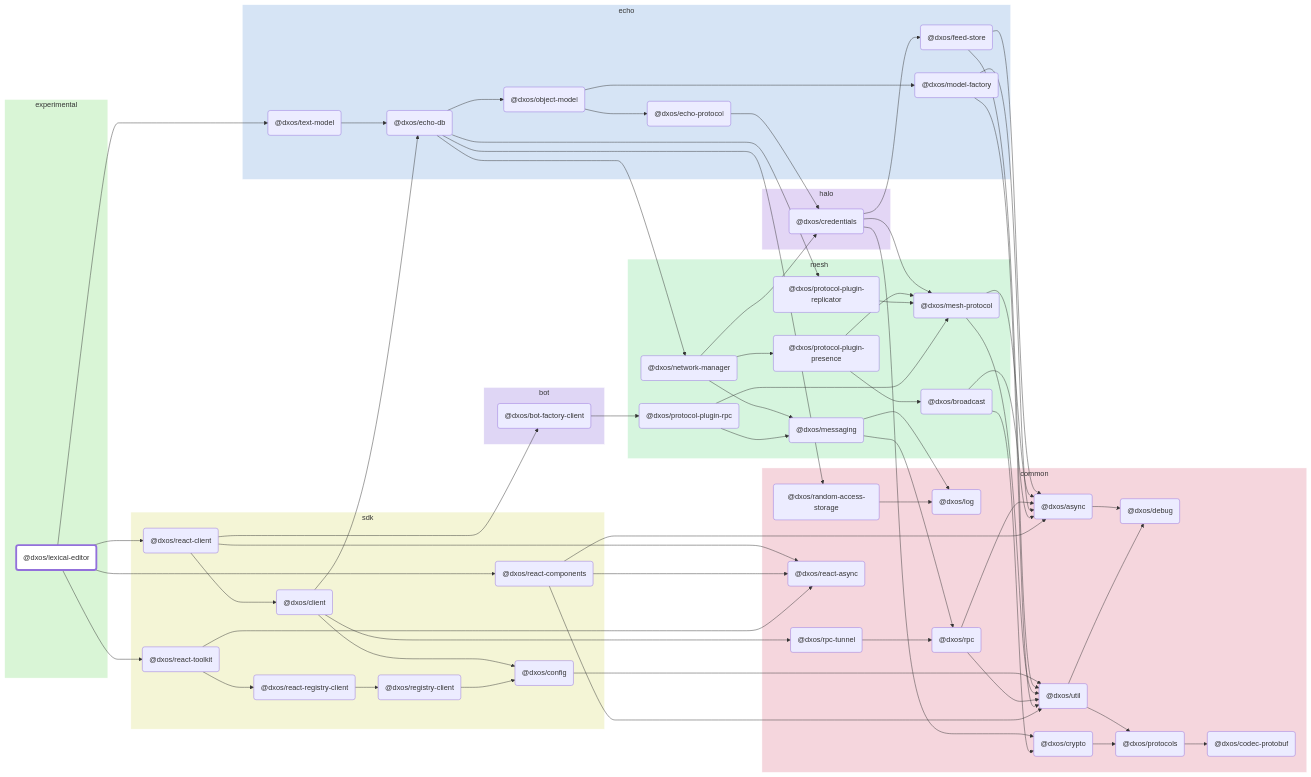
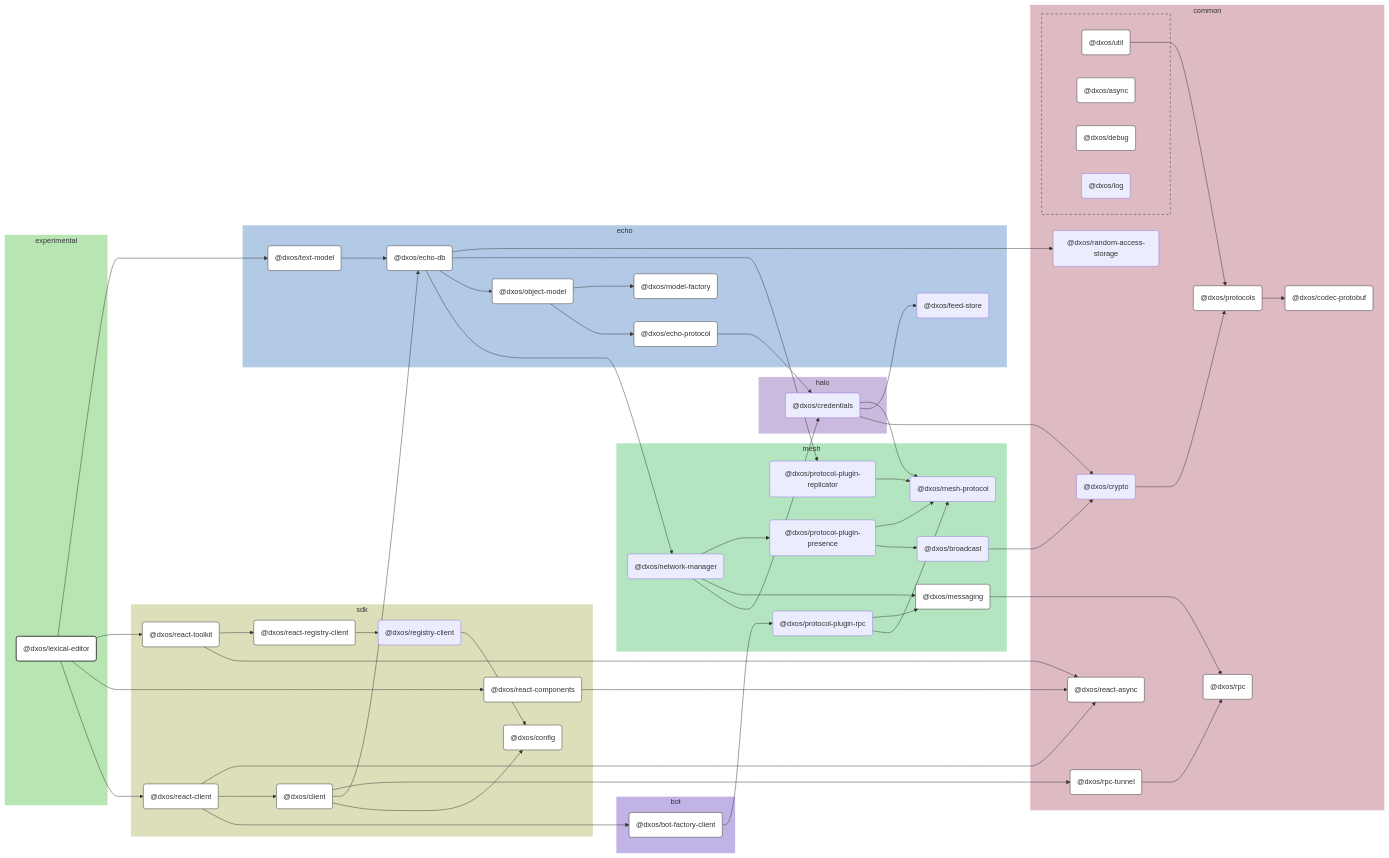
One commit to dxos/dxos changed the diagram in apps/experimental/lexical-editor/docs/README.md. Above: the diagram before and after it, drawn with Mermaid. The commit also changed 100 other files, not shown here.

````diff
--- a/apps/experimental/lexical-editor/docs/README.md
+++ b/apps/experimental/lexical-editor/docs/README.md
@@ -7,147 +7,176 @@
 ```mermaid
-flowchart LR;
+%%{ init: {'flowchart':{'curve':'basis'}} }%%
 
-style dxos/lexical-editor fill:#fff,stroke-width:4px;
+flowchart LR
 
-click dxos/async "https:/github.com/dxos/dxos/tree/main/packages/common/async/docs";
-click dxos/debug "https:/github.com/dxos/dxos/tree/main/packages/common/debug/docs";
-click dxos/client "https:/github.com/dxos/dxos/tree/main/packages/sdk/client/docs";
-click dxos/codec-protobuf "https:/github.com/dxos/dxos/tree/main/packages/common/codec-protobuf/docs";
-click dxos/config "https:/github.com/dxos/dxos/tree/main/packages/sdk/config/docs";
-click dxos/echo-db "https:/github.com/dxos/dxos/tree/main/packages/echo/echo-db/docs";
-click dxos/model-factory "https:/github.com/dxos/dxos/tree/main/packages/echo/model-factory/docs";
-click dxos/protocols "https:/github.com/dxos/dxos/tree/main/packages/common/protocols/docs";
-click dxos/rpc "https:/github.com/dxos/dxos/tree/main/packages/common/rpc/docs";
-click dxos/rpc-tunnel "https:/github.com/dxos/dxos/tree/main/packages/common/rpc-tunnel/docs";
-click dxos/messaging "https:/github.com/dxos/dxos/tree/main/packages/mesh/messaging/docs";
-click dxos/util "https:/github.com/dxos/dxos/tree/main/packages/common/util/docs";
-click dxos/object-model "https:/github.com/dxos/dxos/tree/main/packages/echo/object-model/docs";
-click dxos/echo-protocol "https:/github.com/dxos/dxos/tree/main/packages/echo/echo-protocol/docs";
-click dxos/react-client "https:/github.com/dxos/dxos/tree/main/packages/sdk/react-client/docs";
-click dxos/bot-factory-client "https:/github.com/dxos/dxos/tree/main/packages/bot/bot-factory-client/docs";
-click dxos/react-async "https:/github.com/dxos/dxos/tree/main/packages/common/react-async/docs";
-click dxos/react-components "https:/github.com/dxos/dxos/tree/main/packages/sdk/react-components/docs";
-click dxos/react-toolkit "https:/github.com/dxos/dxos/tree/main/packages/sdk/react-toolkit/docs";
-click dxos/react-registry-client "https:/github.com/dxos/dxos/tree/main/packages/sdk/react-registry-client/docs";
-click dxos/text-model "https:/github.com/dxos/dxos/tree/main/packages/echo/text-model/docs";
+%% Links
+dxos/bot-factory-client --> dxos/protocol-plugin-rpc;
+dxos/broadcast --> dxos/crypto;
+dxos/client --> dxos/config;
+dxos/client --> dxos/echo-db;
+dxos/client --> dxos/rpc-tunnel;
+dxos/credentials --> dxos/crypto;
+dxos/credentials --> dxos/feed-store;
+dxos/credentials --> dxos/mesh-protocol;
+dxos/crypto --> dxos/protocols;
+dxos/echo-db --> dxos/network-manager;
+dxos/echo-db --> dxos/object-model;
+dxos/echo-db --> dxos/protocol-plugin-replicator;
+dxos/echo-db --> dxos/random-access-storage;
+dxos/echo-protocol --> dxos/credentials;
+dxos/lexical-editor --> dxos/react-client;
+dxos/lexical-editor --> dxos/react-components;
+dxos/lexical-editor --> dxos/react-toolkit;
+dxos/lexical-editor --> dxos/text-model;
+dxos/messaging --> dxos/rpc;
+dxos/network-manager --> dxos/credentials;
+dxos/network-manager --> dxos/messaging;
+dxos/network-manager --> dxos/protocol-plugin-presence;
+dxos/object-model --> dxos/echo-protocol;
+dxos/object-model --> dxos/model-factory;
+dxos/protocol-plugin-presence --> dxos/broadcast;
+dxos/protocol-plugin-presence --> dxos/mesh-protocol;
+dxos/protocol-plugin-replicator --> dxos/mesh-protocol;
+dxos/protocol-plugin-rpc --> dxos/mesh-protocol;
+dxos/protocol-plugin-rpc --> dxos/messaging;
+dxos/protocols --> dxos/codec-protobuf;
+dxos/react-client --> dxos/bot-factory-client;
+dxos/react-client --> dxos/client;
+dxos/react-client --> dxos/react-async;
+dxos/react-components --> dxos/react-async;
+dxos/react-registry-client --> dxos/registry-client;
+dxos/react-toolkit --> dxos/react-async;
+dxos/react-toolkit --> dxos/react-registry-client;
+dxos/registry-client --> dxos/config;
+dxos/rpc-tunnel --> dxos/rpc;
+dxos/text-model --> dxos/echo-db;
+dxos/util --> dxos/protocols;
 
+%% Sections
 subgraph experimental
-  style experimental fill:#d9f5d6,stroke:#fff;
-  dxos/lexical-editor("@dxos/lexical-editor");
+  style experimental fill:#b8e6b3,stroke:#fff;
+
+  dxos/lexical-editor("@dxos/lexical-editor")
 end
 
 subgraph common
-  style common fill:#f5d6dd,stroke:#fff;
-  dxos/async("@dxos/async");
-  dxos/debug("@dxos/debug");
-  dxos/codec-protobuf("@dxos/codec-protobuf");
-  dxos/protocols("@dxos/protocols");
-  dxos/util("@dxos/util");
-  dxos/log("@dxos/log");
-  dxos/crypto("@dxos/crypto");
-  dxos/rpc("@dxos/rpc");
-  dxos/random-access-storage("@dxos/random-access-storage");
-  dxos/rpc-tunnel("@dxos/rpc-tunnel");
-  dxos/react-async("@dxos/react-async");
+  style common fill:#debac2,stroke:#fff;
+
+  dxos/codec-protobuf("@dxos/codec-protobuf")
+  dxos/crypto("@dxos/crypto")
+  dxos/protocols("@dxos/protocols")
+  dxos/random-access-storage("@dxos/random-access-storage")
+  dxos/react-async("@dxos/react-async")
+  dxos/rpc("@dxos/rpc")
+  dxos/rpc-tunnel("@dxos/rpc-tunnel")
+
+  subgraph common-excluded [ ]
+    style common-excluded fill:#debac2,stroke:#333,stroke-dasharray:5 5;
+
+    dxos/async("@dxos/async")
+    dxos/debug("@dxos/debug")
+    dxos/log("@dxos/log")
+    dxos/util("@dxos/util")
+  end
 end
 
 subgraph sdk
-  style sdk fill:#f4f5d6,stroke:#fff;
-  dxos/client("@dxos/client");
-  dxos/config("@dxos/config");
-  dxos/react-client("@dxos/react-client");
-  dxos/react-components("@dxos/react-components");
-  dxos/react-toolkit("@dxos/react-toolkit");
-  dxos/react-registry-client("@dxos/react-registry-client");
-  dxos/registry-client("@dxos/registry-client");
+  style sdk fill:#dddeba,stroke:#fff;
+
+  dxos/client("@dxos/client")
+  dxos/config("@dxos/config")
+  dxos/react-client("@dxos/react-client")
+  dxos/react-components("@dxos/react-components")
+  dxos/react-registry-client("@dxos/react-registry-client")
+  dxos/react-toolkit("@dxos/react-toolkit")
+  dxos/registry-client("@dxos/registry-client")
 end
 
 subgraph echo
-  style echo fill:#d6e4f5,stroke:#fff;
-  dxos/echo-db("@dxos/echo-db");
-  dxos/feed-store("@dxos/feed-store");
-  dxos/echo-protocol("@dxos/echo-protocol");
-  dxos/model-factory("@dxos/model-factory");
-  dxos/object-model("@dxos/object-model");
-  dxos/text-model("@dxos/text-model");
+  style echo fill:#b3cae6,stroke:#fff;
+
+  dxos/echo-db("@dxos/echo-db")
+  dxos/echo-protocol("@dxos/echo-protocol")
+  dxos/feed-store("@dxos/feed-store")
+  dxos/model-factory("@dxos/model-factory")
+  dxos/object-model("@dxos/object-model")
+  dxos/text-model("@dxos/text-model")
 end
 
 subgraph halo
-  style halo fill:#e3d6f5,stroke:#fff;
-  dxos/credentials("@dxos/credentials");
+  style halo fill:#cabade,stroke:#fff;
+
+  dxos/credentials("@dxos/credentials")
 end
 
 subgraph mesh
-  style mesh fill:#d6f5de,stroke:#fff;
-  dxos/mesh-protocol("@dxos/mesh-protocol");
-  dxos/messaging("@dxos/messaging");
-  dxos/network-manager("@dxos/network-manager");
-  dxos/protocol-plugin-presence("@dxos/protocol-plugin-presence");
-  dxos/broadcast("@dxos/broadcast");
-  dxos/protocol-plugin-replicator("@dxos/protocol-plugin-replicator");
-  dxos/protocol-plugin-rpc("@dxos/protocol-plugin-rpc");
+  style mesh fill:#b3e6c0,stroke:#fff;
+
+  dxos/broadcast("@dxos/broadcast")
+  dxos/mesh-protocol("@dxos/mesh-protocol")
+  dxos/messaging("@dxos/messaging")
+  dxos/network-manager("@dxos/network-manager")
+  dxos/protocol-plugin-presence("@dxos/protocol-plugin-presence")
+  dxos/protocol-plugin-replicator("@dxos/protocol-plugin-replicator")
+  dxos/protocol-plugin-rpc("@dxos/protocol-plugin-rpc")
 end
 
 subgraph bot
-  style bot fill:#dfd6f5,stroke:#fff;
-  dxos/bot-factory-client("@dxos/bot-factory-client");
+  style bot fill:#c2b3e6,stroke:#fff;
+
+  dxos/bot-factory-client("@dxos/bot-factory-client")
 end
 
-dxos/async --> dxos/debug;
-dxos/client --> dxos/config;
-dxos/protocols --> dxos/codec-protobuf;
-dxos/config --> dxos/util;
-dxos/util --> dxos/debug;
-dxos/util --> dxos/protocols;
-dxos/client --> dxos/echo-db;
-dxos/credentials --> dxos/crypto;
-dxos/crypto --> dxos/protocols;
-dxos/credentials --> dxos/feed-store;
-dxos/feed-store --> dxos/async;
-dxos/feed-store --> dxos/util;
-dxos/credentials --> dxos/mesh-protocol;
-dxos/mesh-protocol --> dxos/async;
-dxos/mesh-protocol --> dxos/util;
-dxos/echo-protocol --> dxos/credentials;
-dxos/messaging --> dxos/log;
-dxos/messaging --> dxos/rpc;
-dxos/rpc --> dxos/async;
-dxos/rpc --> dxos/util;
-dxos/model-factory --> dxos/async;
-dxos/model-factory --> dxos/util;
-dxos/echo-db --> dxos/network-manager;
-dxos/network-manager --> dxos/credentials;
-dxos/network-manager --> dxos/messaging;
-dxos/network-manager --> dxos/protocol-plugin-presence;
-dxos/protocol-plugin-presence --> dxos/broadcast;
-dxos/broadcast --> dxos/async;
-dxos/broadcast --> dxos/crypto;
-dxos/protocol-plugin-presence --> dxos/mesh-protocol;
-dxos/echo-db --> dxos/object-model;
-dxos/object-model --> dxos/echo-protocol;
-dxos/object-model --> dxos/model-factory;
-dxos/echo-db --> dxos/protocol-plugin-replicator;
-dxos/protocol-plugin-replicator --> dxos/mesh-protocol;
-dxos/echo-db --> dxos/random-access-storage;
-dxos/random-access-storage --> dxos/log;
-dxos/client --> dxos/rpc-tunnel;
-dxos/rpc-tunnel --> dxos/rpc;
-dxos/lexical-editor --> dxos/react-client;
-dxos/react-client --> dxos/bot-factory-client;
-dxos/bot-factory-client --> dxos/protocol-plugin-rpc;
-dxos/protocol-plugin-rpc --> dxos/messaging;
-dxos/protocol-plugin-rpc --> dxos/mesh-protocol;
-dxos/react-client --> dxos/client;
-dxos/react-client --> dxos/react-async;
-dxos/lexical-editor --> dxos/react-components;
-dxos/react-components --> dxos/async;
-dxos/react-components --> dxos/react-async;
-dxos/react-components --> dxos/util;
-dxos/lexical-editor --> dxos/react-toolkit;
-dxos/react-toolkit --> dxos/react-async;
-dxos/react-toolkit --> dxos/react-registry-client;
-dxos/react-registry-client --> dxos/registry-client;
-dxos/registry-client --> dxos/config;
-dxos/lexical-editor --> dxos/text-model;
-dxos/text-model --> dxos/echo-db;
+
+%% Hyperlinks
+click dxos/async href "https:/github.com/dxos/dxos/tree/main/packages/common/async/docs";
+click dxos/bot-factory-client href "https:/github.com/dxos/dxos/tree/main/packages/bot/bot-factory-client/docs";
+click dxos/client href "https:/github.com/dxos/dxos/tree/main/packages/sdk/client/docs";
+click dxos/codec-protobuf href "https:/github.com/dxos/dxos/tree/main/packages/common/codec-protobuf/docs";
+click dxos/config href "https:/github.com/dxos/dxos/tree/main/packages/sdk/config/docs";
+click dxos/debug href "https:/github.com/dxos/dxos/tree/main/packages/common/debug/docs";
+click dxos/echo-db href "https:/github.com/dxos/dxos/tree/main/packages/echo/echo-db/docs";
+click dxos/echo-protocol href "https:/github.com/dxos/dxos/tree/main/packages/echo/echo-protocol/docs";
+click dxos/messaging href "https:/github.com/dxos/dxos/tree/main/packages/mesh/messaging/docs";
+click dxos/model-factory href "https:/github.com/dxos/dxos/tree/main/packages/echo/model-factory/docs";
+click dxos/object-model href "https:/github.com/dxos/dxos/tree/main/packages/echo/object-model/docs";
+click dxos/protocols href "https:/github.com/dxos/dxos/tree/main/packages/common/protocols/docs";
+click dxos/react-async href "https:/github.com/dxos/dxos/tree/main/packages/common/react-async/docs";
+click dxos/react-client href "https:/github.com/dxos/dxos/tree/main/packages/sdk/react-client/docs";
+click dxos/react-components href "https:/github.com/dxos/dxos/tree/main/packages/sdk/react-components/docs";
+click dxos/react-registry-client href "https:/github.com/dxos/dxos/tree/main/packages/sdk/react-registry-client/docs";
+click dxos/react-toolkit href "https:/github.com/dxos/dxos/tree/main/packages/sdk/react-toolkit/docs";
+click dxos/rpc href "https:/github.com/dxos/dxos/tree/main/packages/common/rpc/docs";
+click dxos/rpc-tunnel href "https:/github.com/dxos/dxos/tree/main/packages/common/rpc-tunnel/docs";
+click dxos/text-model href "https:/github.com/dxos/dxos/tree/main/packages/echo/text-model/docs";
+click dxos/util href "https:/github.com/dxos/dxos/tree/main/packages/common/util/docs";
+
+%% Styles
+classDef rootNode fill:#fff,stroke:#333,stroke-width:2px
+classDef defaultNode fill:#fff,stroke:#333,stroke-width:1px
+linkStyle default stroke:#333,stroke-width:1px
+
+dxos/lexical-editor:::rootNode
+
+dxos/async:::defaultNode
+dxos/bot-factory-client:::defaultNode
+dxos/client:::defaultNode
+dxos/codec-protobuf:::defaultNode
+dxos/config:::defaultNode
+dxos/debug:::defaultNode
+dxos/echo-db:::defaultNode
+dxos/echo-protocol:::defaultNode
+dxos/messaging:::defaultNode
+dxos/model-factory:::defaultNode
+dxos/object-model:::defaultNode
+dxos/protocols:::defaultNode
+dxos/react-async:::defaultNode
+dxos/react-client:::defaultNode
+dxos/react-components:::defaultNode
+dxos/react-registry-client:::defaultNode
+dxos/react-toolkit:::defaultNode
+dxos/rpc:::defaultNode
+dxos/rpc-tunnel:::defaultNode
+dxos/text-model:::defaultNode
+dxos/util:::defaultNode
 ```
````
